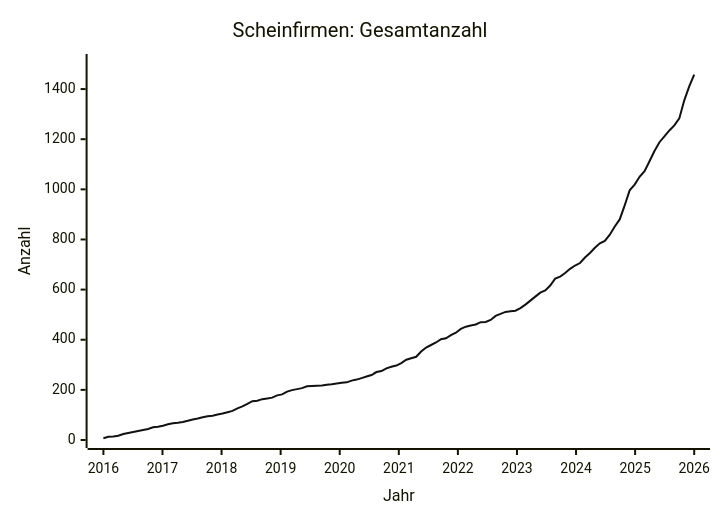
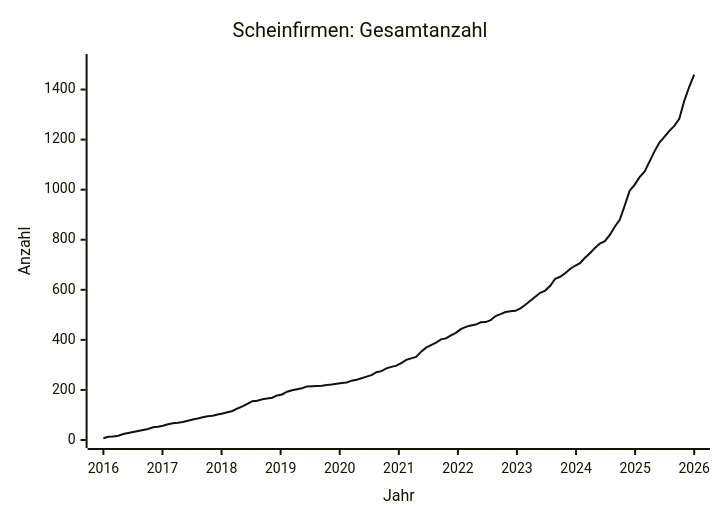
Before and after one commit to arjoma/scheinfirmen-at: the diagram in data/STATS.md, drawn with Mermaid. The commit also changed other lines of this file and 3 other files, not shown here.

````diff
--- a/data/STATS.md
+++ b/data/STATS.md
@@ -9,13 +9,13 @@
 ```mermaid
 ---
 config:
   themeVariables:
     xyChart:
       plotColorPalette: "#111111"
 ---
 xychart-beta
     title "Scheinfirmen: Gesamtanzahl"
     x-axis "Jahr" 2016 --> 2026
-    y-axis "Anzahl" 0 --> 1508
-    line [7, 13, 14, 17, 24, 28, 32, 36, 40, 44, 51, 53, 57, 63, 67, 69, 72, 77, 82, 86, 91, 95, 97, 102, 106, 111, 116, 126, 134, 144, 155, 157, 163, 166, 169, 178, 182, 193, 199, 203, 207, 214, 215, 216, 217, 220, 222, 225, 228, 230, 237, 241, 247, 253, 259, 271, 275, 286, 292, 297, 307, 320, 326, 332, 353, 369, 379, 389, 402, 406, 418, 428, 443, 452, 457, 461, 470, 471, 479, 495, 503, 511, 514, 516, 526, 540, 556, 572, 588, 597, 616, 644, 652, 666, 683, 696, 706, 728, 746, 767, 785, 794, 819, 852, 880, 936, 996, 1019, 1050, 1072, 1112, 1153, 1188, 1211, 1235, 1255, 1283, 1355, 1411, 1458]
+    y-axis "Anzahl" 0 --> 1510
+    line [7, 13, 14, 17, 24, 28, 32, 36, 40, 44, 51, 53, 57, 63, 67, 69, 72, 77, 82, 86, 91, 95, 97, 102, 106, 111, 116, 126, 134, 144, 155, 157, 163, 166, 169, 178, 182, 193, 199, 203, 207, 214, 215, 216, 217, 220, 222, 225, 228, 230, 237, 241, 247, 253, 259, 271, 275, 286, 292, 297, 307, 320, 326, 332, 353, 369, 379, 389, 402, 406, 418, 428, 443, 452, 457, 461, 470, 471, 479, 495, 503, 511, 514, 516, 526, 540, 556, 572, 588, 597, 616, 644, 652, 666, 683, 696, 706, 728, 746, 767, 785, 794, 819, 852, 880, 936, 996, 1019, 1050, 1072, 1112, 1153, 1188, 1211, 1235, 1255, 1283, 1355, 1411, 1460]
 ```
````
